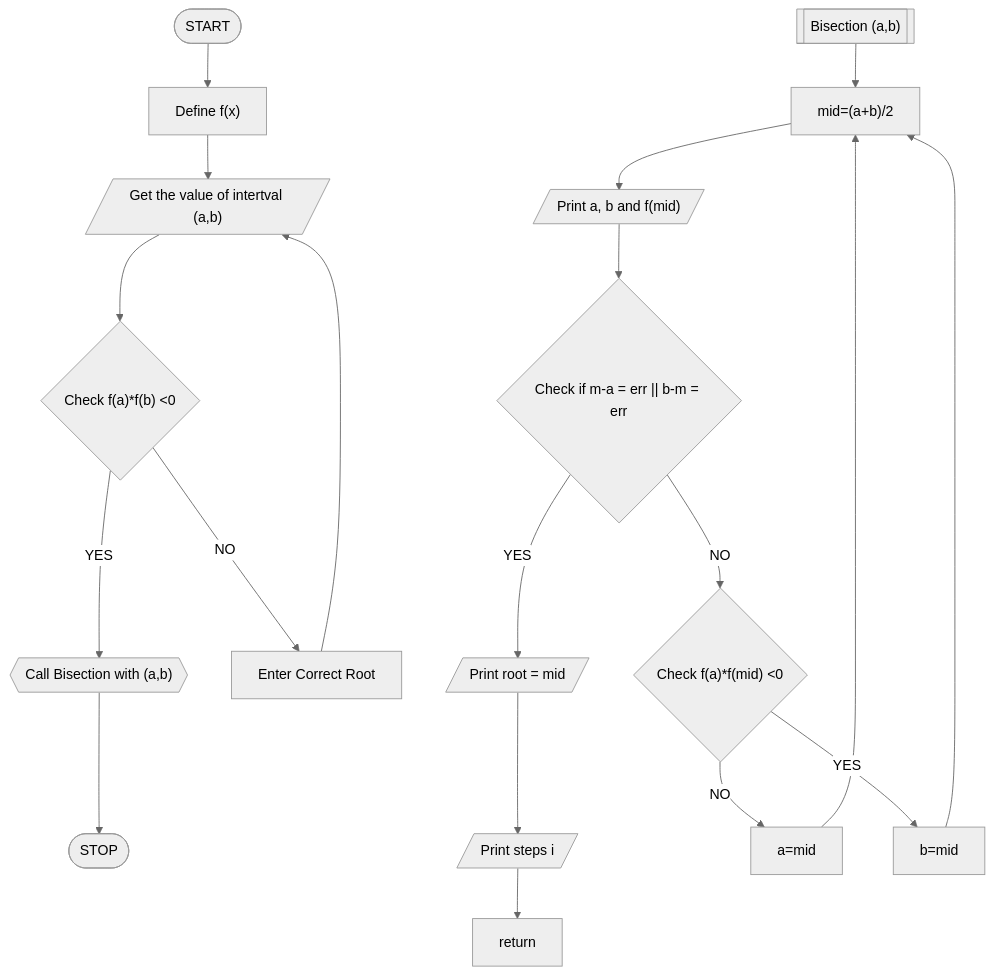
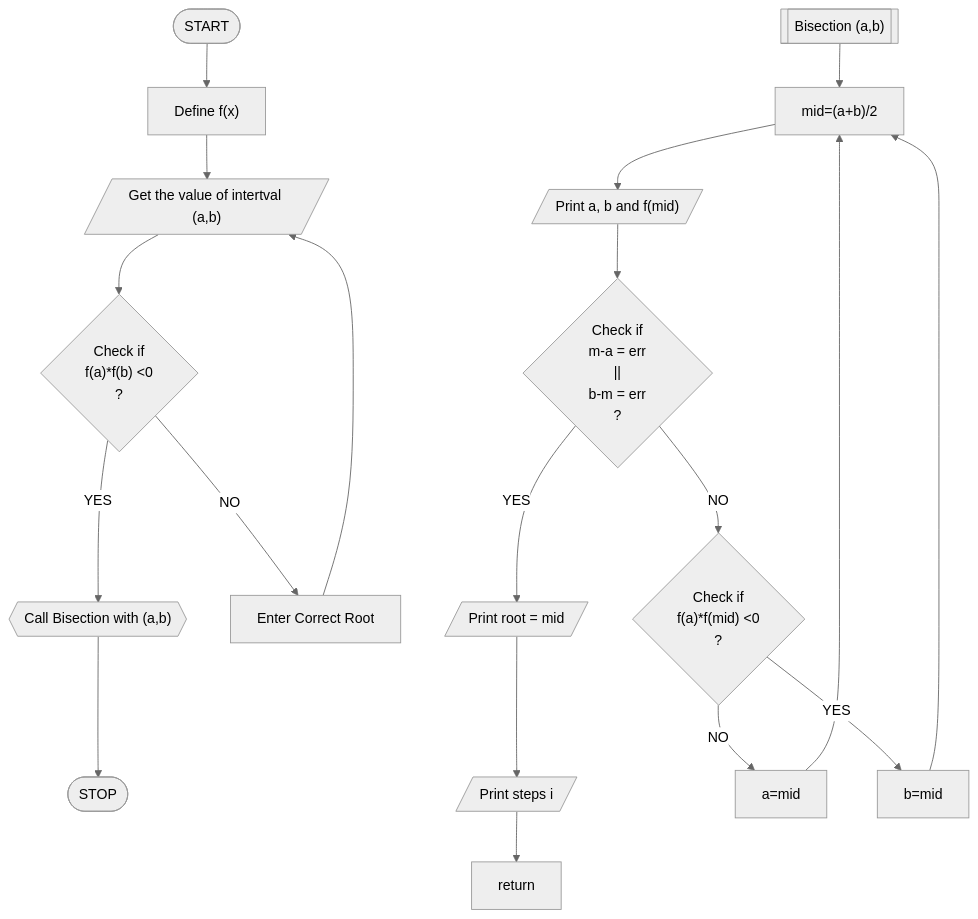
The diagram in Bisection/README.md (Nothing-avil/CBNST), drawn with Mermaid (neutral theme) before and after one commit. The commit also changed other lines of this file, not shown here.

Commit message:
Upda\README.md

````diff
--- a/Bisection/README.md
+++ b/Bisection/README.md
@@ -1,19 +3,19 @@
 ```mermaid
 flowchart TD
 
 A([START]) -->B["Define f(x)"]
 B --> C[/"Get the value of intertval (a,b)"/]
-C --> D{"Check f(a)*f(b) <0 "}
+C --> D{"Check if <br/> f(a)*f(b) <0 <br/> ?"}
 D --"YES"-->E{{"Call Bisection with (a,b)"}}
 D --"NO"-->F[Enter Correct Root]
 F --> C
 E --> S([STOP])
 
 x[["Bisection (a,b)"]]--> Q["mid=(a+b)/2"]
 Q--> Z[/"Print a, b and f(mid)"/]
-Z--> P{"Check if m-a = err || b-m = err"}
-P--"NO"--> W{"Check f(a)*f(mid) <0"}
+Z--> P{"Check if <br/> m-a = err <br/> || <br/> b-m = err <br/> ?"}
+P--"NO"--> W{"Check if  <br/> f(a)*f(mid) <0 <br/> ?"}
 P--"YES"--> l[/"Print root = mid"/] --> a[/"Print steps i"/]--> d[return]
 W--"NO"-->c["a=mid"]-->Q
 W--"YES"-->i["b=mid"]-->Q
 ```
````
